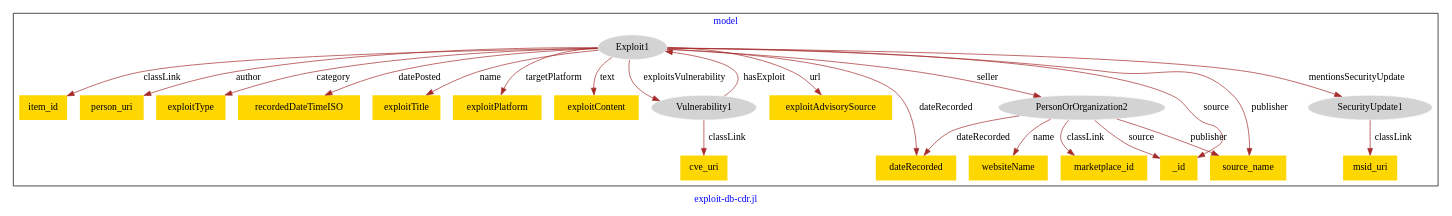
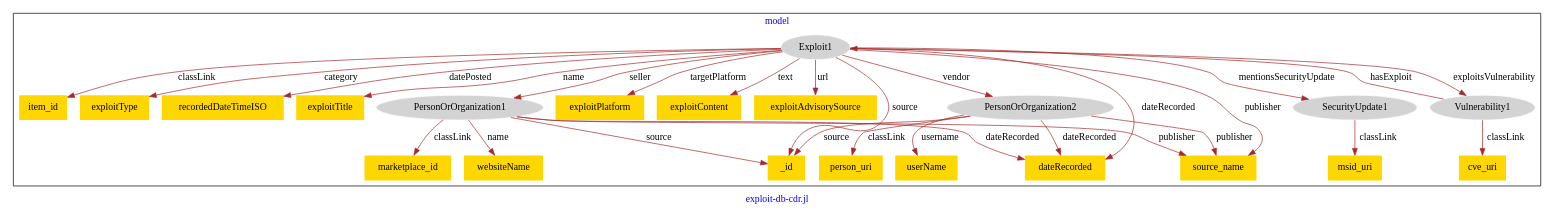
Before and after one commit to usc-isi-i2/effect-alignment: the diagram in models/asu-exploit-db/exploit-db-model.dot, drawn with Graphviz.

Commit message:
Update file exploit-db-model.dot

```diff
--- a/models/asu-exploit-db/exploit-db-model.dot
+++ b/models/asu-exploit-db/exploit-db-model.dot
@@ -1,49 +1,56 @@
 digraph n0 {
 fontcolor="blue"
 remincross="true"
 label="exploit-db-cdr.jl"
 subgraph cluster {
 label="model"
 n2[style="filled",color="white",fillcolor="lightgray",label="Exploit1"];
 n3[shape="plaintext",style="filled",fillcolor="gold",label="item_id"];
-n4[style="filled",color="white",fillcolor="lightgray",label="Vulnerability1"];
-n5[shape="plaintext",style="filled",fillcolor="gold",label="person_uri"];
-n6[shape="plaintext",style="filled",fillcolor="gold",label="exploitType"];
-n7[shape="plaintext",style="filled",fillcolor="gold",label="recordedDateTimeISO"];
-n8[shape="plaintext",style="filled",fillcolor="gold",label="exploitTitle"];
-n9[shape="plaintext",style="filled",fillcolor="gold",label="exploitPlatform"];
-n10[shape="plaintext",style="filled",fillcolor="gold",label="exploitContent"];
-n11[shape="plaintext",style="filled",fillcolor="gold",label="exploitAdvisorySource"];
-n12[style="filled",color="white",fillcolor="lightgray",label="PersonOrOrganization2"];
-n13[shape="plaintext",style="filled",fillcolor="gold",label="marketplace_id"];
-n14[shape="plaintext",style="filled",fillcolor="gold",label="websiteName"];
-n15[shape="plaintext",style="filled",fillcolor="gold",label="_id"];
-n16[style="filled",color="white",fillcolor="lightgray",label="SecurityUpdate1"];
-n17[shape="plaintext",style="filled",fillcolor="gold",label="msid_uri"];
-n18[shape="plaintext",style="filled",fillcolor="gold",label="cve_uri"];
-n19[shape="plaintext",style="filled",fillcolor="gold",label="source_name"];
-n20[shape="plaintext",style="filled",fillcolor="gold",label="dateRecorded"];
+n4[shape="plaintext",style="filled",fillcolor="gold",label="exploitType"];
+n5[shape="plaintext",style="filled",fillcolor="gold",label="recordedDateTimeISO"];
+n6[shape="plaintext",style="filled",fillcolor="gold",label="exploitTitle"];
+n7[shape="plaintext",style="filled",fillcolor="gold",label="_id"];
+n8[shape="plaintext",style="filled",fillcolor="gold",label="exploitPlatform"];
+n9[shape="plaintext",style="filled",fillcolor="gold",label="exploitContent"];
+n10[shape="plaintext",style="filled",fillcolor="gold",label="exploitAdvisorySource"];
+n11[style="filled",color="white",fillcolor="lightgray",label="PersonOrOrganization1"];
+n12[shape="plaintext",style="filled",fillcolor="gold",label="marketplace_id"];
+n13[shape="plaintext",style="filled",fillcolor="gold",label="websiteName"];
+n14[style="filled",color="white",fillcolor="lightgray",label="PersonOrOrganization2"];
+n15[shape="plaintext",style="filled",fillcolor="gold",label="person_uri"];
+n16[shape="plaintext",style="filled",fillcolor="gold",label="userName"];
+n17[style="filled",color="white",fillcolor="lightgray",label="SecurityUpdate1"];
+n18[shape="plaintext",style="filled",fillcolor="gold",label="msid_uri"];
+n19[style="filled",color="white",fillcolor="lightgray",label="Vulnerability1"];
+n20[shape="plaintext",style="filled",fillcolor="gold",label="cve_uri"];
+n21[shape="plaintext",style="filled",fillcolor="gold",label="dateRecorded"];
+n22[shape="plaintext",style="filled",fillcolor="gold",label="source_name"];
 }
 n2 -> n3[color="brown",fontcolor="black",label="classLink"]
-n2 -> n4[color="brown",fontcolor="black",label="exploitsVulnerability"]
-n2 -> n5[color="brown",fontcolor="black",label="author"]
-n2 -> n6[color="brown",fontcolor="black",label="category"]
-n2 -> n7[color="brown",fontcolor="black",label="datePosted"]
-n2 -> n8[color="brown",fontcolor="black",label="name"]
-n2 -> n9[color="brown",fontcolor="black",label="targetPlatform"]
-n2 -> n10[color="brown",fontcolor="black",label="text"]
-n2 -> n11[color="brown",fontcolor="black",label="url"]
-n12 -> n13[color="brown",fontcolor="black",label="classLink"]
-n12 -> n14[color="brown",fontcolor="black",label="name"]
-n12 -> n15[color="brown",fontcolor="black",label="source"]
-n16 -> n17[color="brown",fontcolor="black",label="classLink"]
-n4 -> n18[color="brown",fontcolor="black",label="classLink"]
-n2 -> n15[color="brown",fontcolor="black",label="source"]
-n2 -> n16[color="brown",fontcolor="black",label="mentionsSecurityUpdate"]
-n2 -> n12[color="brown",fontcolor="black",label="seller"]
-n2 -> n19[color="brown",fontcolor="black",label="publisher"]
-n12 -> n19[color="brown",fontcolor="black",label="publisher"]
-n12 -> n20[color="brown",fontcolor="black",label="dateRecorded"]
-n4 -> n2[color="brown",fontcolor="black",label="hasExploit"]
-n2 -> n20[color="brown",fontcolor="black",label="dateRecorded"]
+n2 -> n4[color="brown",fontcolor="black",label="category"]
+n2 -> n5[color="brown",fontcolor="black",label="datePosted"]
+n2 -> n6[color="brown",fontcolor="black",label="name"]
+n2 -> n7[color="brown",fontcolor="black",label="source"]
+n2 -> n8[color="brown",fontcolor="black",label="targetPlatform"]
+n2 -> n9[color="brown",fontcolor="black",label="text"]
+n2 -> n10[color="brown",fontcolor="black",label="url"]
+n11 -> n12[color="brown",fontcolor="black",label="classLink"]
+n11 -> n13[color="brown",fontcolor="black",label="name"]
+n11 -> n7[color="brown",fontcolor="black",label="source"]
+n14 -> n15[color="brown",fontcolor="black",label="classLink"]
+n14 -> n16[color="brown",fontcolor="black",label="username"]
+n14 -> n7[color="brown",fontcolor="black",label="source"]
+n17 -> n18[color="brown",fontcolor="black",label="classLink"]
+n19 -> n20[color="brown",fontcolor="black",label="classLink"]
+n2 -> n11[color="brown",fontcolor="black",label="seller"]
+n2 -> n17[color="brown",fontcolor="black",label="mentionsSecurityUpdate"]
+n2 -> n14[color="brown",fontcolor="black",label="vendor"]
+n14 -> n21[color="brown",fontcolor="black",label="dateRecorded"]
+n11 -> n21[color="brown",fontcolor="black",label="dateRecorded"]
+n19 -> n2[color="brown",fontcolor="black",label="hasExploit"]
+n14 -> n22[color="brown",fontcolor="black",label="publisher"]
+n2 -> n21[color="brown",fontcolor="black",label="dateRecorded"]
+n2 -> n22[color="brown",fontcolor="black",label="publisher"]
+n2 -> n19[color="brown",fontcolor="black",label="exploitsVulnerability"]
+n11 -> n22[color="brown",fontcolor="black",label="publisher"]
 }
```
